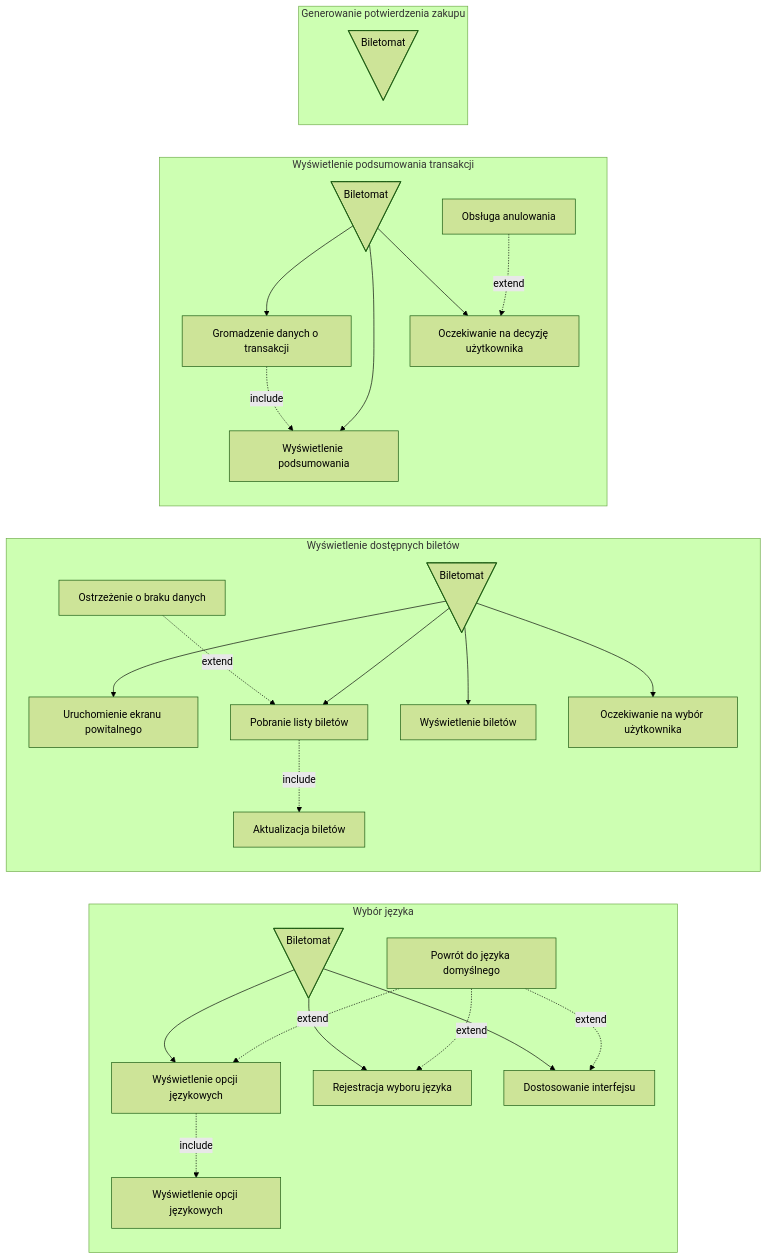
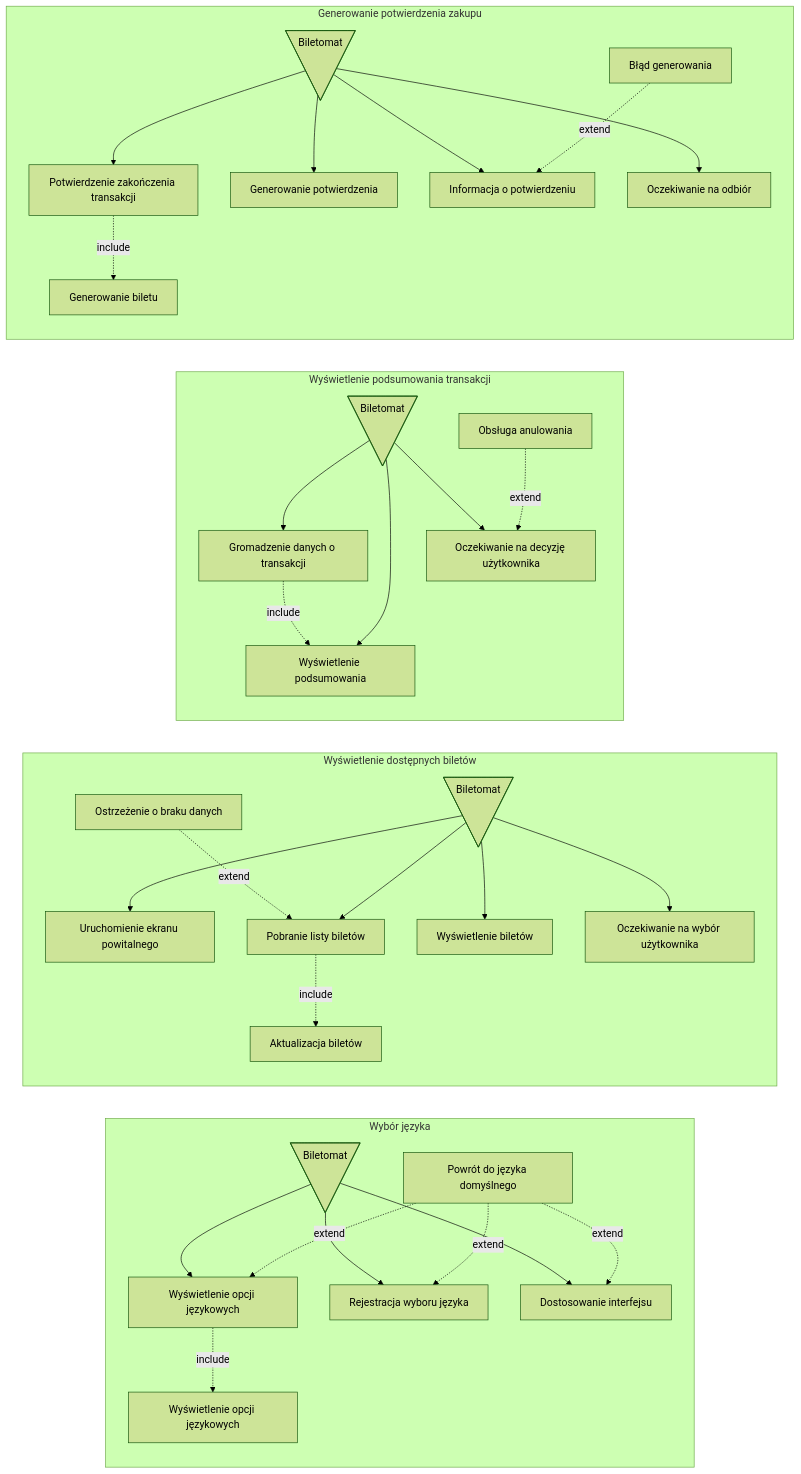
Before and after one commit to MarcinMarszewski/dowolna_nazwa: the first of 2 diagrams in userstories/biletomat.md, drawn with Mermaid (forest theme).

Commit message:
Update biletomat.md Generowanie potwierdzenia zakupu

````diff
--- a/userstories/biletomat.md
+++ b/userstories/biletomat.md
@@ -11,58 +11,71 @@
 ```mermaid
 flowchart LR
 subgraph "Wybór języka"
   A@{ shape: manual-file, label: "Biletomat" }
   id1[Wyświetlenie opcji językowych]
   id2[Rejestracja wyboru języka]
   id3[Dostosowanie interfejsu]
   id4[Wyświetlenie opcji językowych]
   id5[Powrót do języka domyślnego]
 
   A --> id1
   A --> id2
   A --> id3
   id5-. extend .-> id1
   id5-. extend .-> id2
   id5-. extend .-> id3
   id1-. include .-> id4
   
 end
 subgraph "Wyświetlenie dostępnych biletów"
   B@{ shape: manual-file, label: "Biletomat" }
   id11[Uruchomienie ekranu powitalnego]
   id22[Pobranie listy biletów]
   id33[Wyświetlenie biletów]
   id44[Oczekiwanie na wybór użytkownika]
   id55[Aktualizacja biletów]
   id66[Ostrzeżenie o braku danych]
 
   B --> id11
   B --> id22
   B --> id33
   B --> id44
   id22-. include .-> id55
   id66-. extend .-> id22
 
 end
 subgraph "Wyświetlenie podsumowania transakcji"
   C@{ shape: manual-file, label: "Biletomat" }
   uc1[Gromadzenie danych o transakcji]
   uc2[Wyświetlenie podsumowania]
   uc3[Oczekiwanie na decyzję użytkownika]
   uc4[Obsługa anulowania]
 
   C --> uc1
   C --> uc2
   C --> uc3
 
   uc1-. include .-> uc2
   uc4-. extend .-> uc3
 
 end
 subgraph "Generowanie potwierdzenia zakupu"
   D@{ shape: manual-file, label: "Biletomat" }
+  u1[Potwierdzenie zakończenia transakcji]
+  u2[Generowanie potwierdzenia]
+  u3[Informacja o potwierdzeniu]
+  u4[Oczekiwanie na odbiór]
+  u5[Generowanie biletu]
+  u6[Błąd generowania]
 
+  D --> u1
+  D --> u2
+  D --> u3
+  D --> u4
+
+  u1-. include .-> u5
+  u6-. extend .-> u3
 
 end
 
 ```
````
